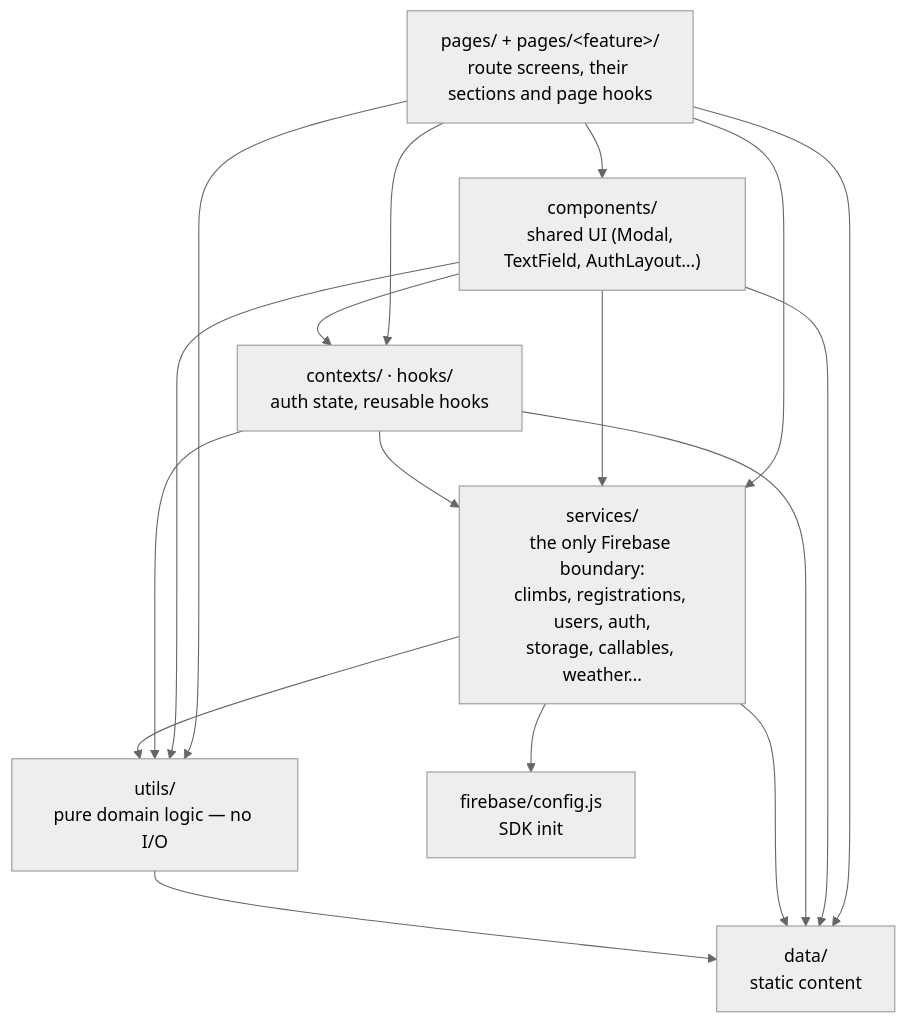
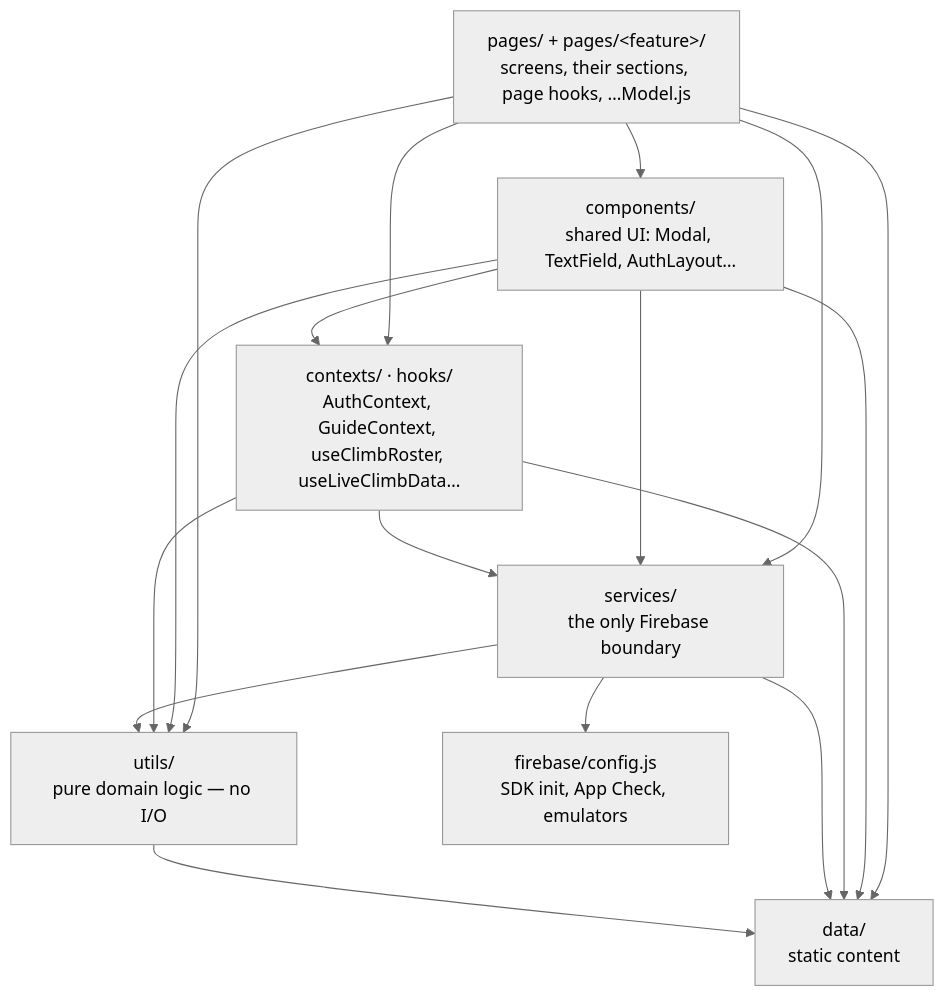
One commit to Oweeboi011/mms-open-climbs changed the second of 3 diagrams in docs/guides/ARCHITECTURE.md. Above: the diagram before and after it, drawn with Mermaid (neutral theme). The commit also changed other lines of this file and 16 other files, not shown here.

````diff
--- a/docs/guides/ARCHITECTURE.md
+++ b/docs/guides/ARCHITECTURE.md
@@ -108,15 +31,15 @@
 ```mermaid
 flowchart TD
-    pages["pages/ + pages/&lt;feature&gt;/<br/>route screens, their sections and page hooks"]
-    components["components/<br/>shared UI (Modal, TextField, AuthLayout…)"]
-    ctx["contexts/ · hooks/<br/>auth state, reusable hooks"]
-    services["services/<br/>the only Firebase boundary:<br/>climbs, registrations, users, auth,<br/>storage, callables, weather…"]
+    pages["pages/ + pages/&lt;feature&gt;/<br/>screens, their sections, page hooks, …Model.js"]
+    components["components/<br/>shared UI: Modal, TextField, AuthLayout…"]
+    ctx["contexts/ · hooks/<br/>AuthContext, GuideContext, useClimbRoster, useLiveClimbData…"]
+    services["services/<br/>the only Firebase boundary"]
     utils["utils/<br/>pure domain logic — no I/O"]
     data["data/<br/>static content"]
-    infra["firebase/config.js<br/>SDK init"]
+    infra["firebase/config.js<br/>SDK init, App Check, emulators"]
     pages --> components & ctx & services & utils & data
     components --> ctx & services & utils & data
     ctx --> services & utils & data
     services --> utils & infra & data
     utils --> data
 ```
````
